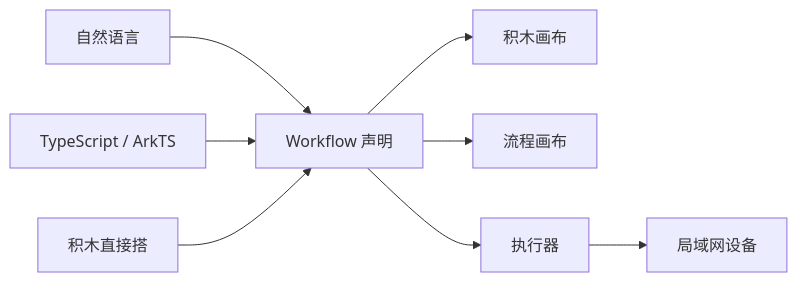
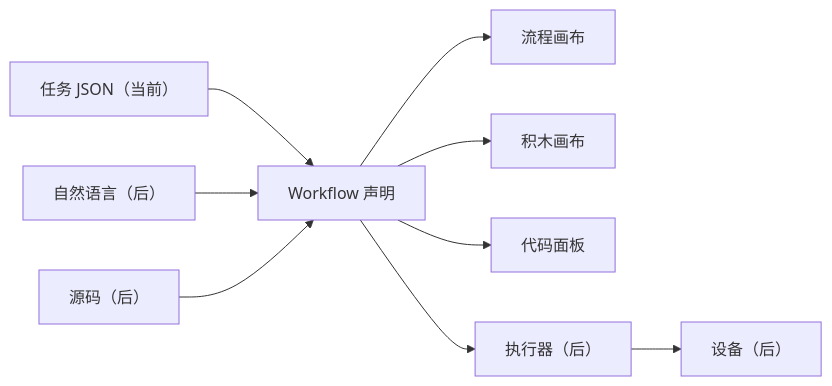
One commit to zhaoyilun/code-canvas changed the second of 2 diagrams in docs/spec.md. Above: the diagram before and after it, drawn with Mermaid. The commit also changed other lines of this file and 1 other file, not shown here.

First line of the commit message:
docs: narrow scope to task-JSON to three-views, settle edit authority

````diff
--- a/docs/spec.md
+++ b/docs/spec.md
@@ -9,10 +23,11 @@
 ```mermaid
 flowchart LR
-  A["自然语言"] --> IR
-  B["TypeScript / ArkTS"] --> IR
-  C["积木直接搭"] --> IR
-  IR["Workflow 声明"] --> V1["积木画布"]
-  IR --> V2["流程画布"]
-  IR --> EX["执行器"]
-  EX --> DEV["局域网设备"]
+  A["任务 JSON（当前）"] --> IR2["Workflow 声明"]
+  B["自然语言（后）"] --> IR2
+  C["源码（后）"] --> IR2
+  IR2 --> W1["流程画布"]
+  IR2 --> W2["积木画布"]
+  IR2 --> W3["代码面板"]
+  IR2 --> EX["执行器（后）"]
+  EX --> DEV["设备（后）"]
 ```
````
